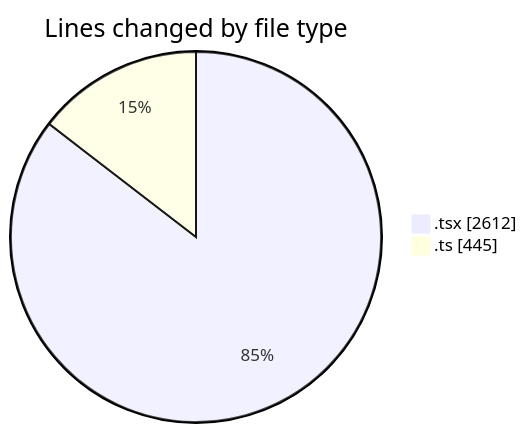
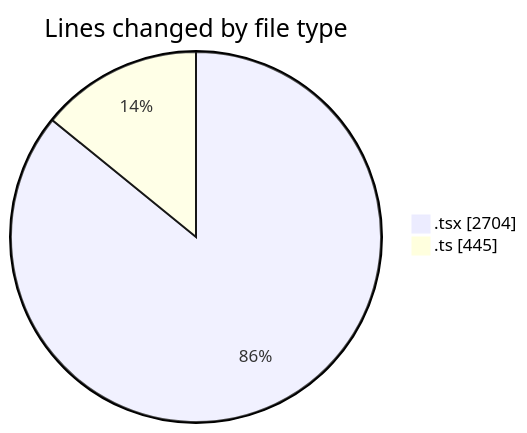
Before and after one commit to momahboobian/code-tracking: the first of 2 diagrams in 2025-09-24/cda/README.md, drawn with Mermaid. The commit also changed other lines of this file and 1 other file, not shown here.

````diff
--- a/2025-09-24/cda/README.md
+++ b/2025-09-24/cda/README.md
@@ -32,6 +33,6 @@
 ```mermaid
 pie showData
 title Lines changed by file type
-".tsx" : 2612
+".tsx" : 2704
 ".ts" : 445
 ```
````
